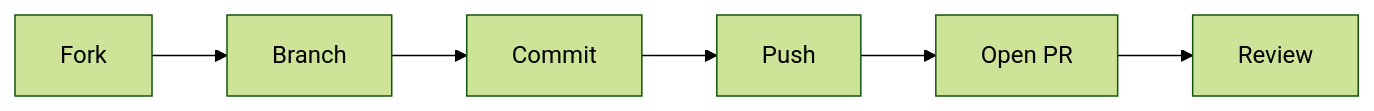
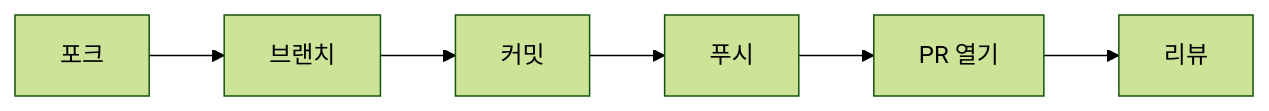
The diagram in content/open-source-101/ko/04-creating-pull-requests.md (yeongseon-books/book-content), drawn with Mermaid (forest theme) before and after one commit. The commit also changed other lines of this file and 9 other files, not shown here.

````diff
--- a/content/open-source-101/ko/04-creating-pull-requests.md
+++ b/content/open-source-101/ko/04-creating-pull-requests.md
@@ -33,8 +47,8 @@
 ```mermaid
 flowchart LR
-    F[Fork] --> B[Branch]
-    B --> C[Commit]
-    C --> P[Push]
-    P --> O[Open PR]
-    O --> R[Review]
+    F[포크] --> B[브랜치]
+    B --> C[커밋]
+    C --> P[푸시]
+    P --> O[PR 열기]
+    O --> R[리뷰]
 ```
````
